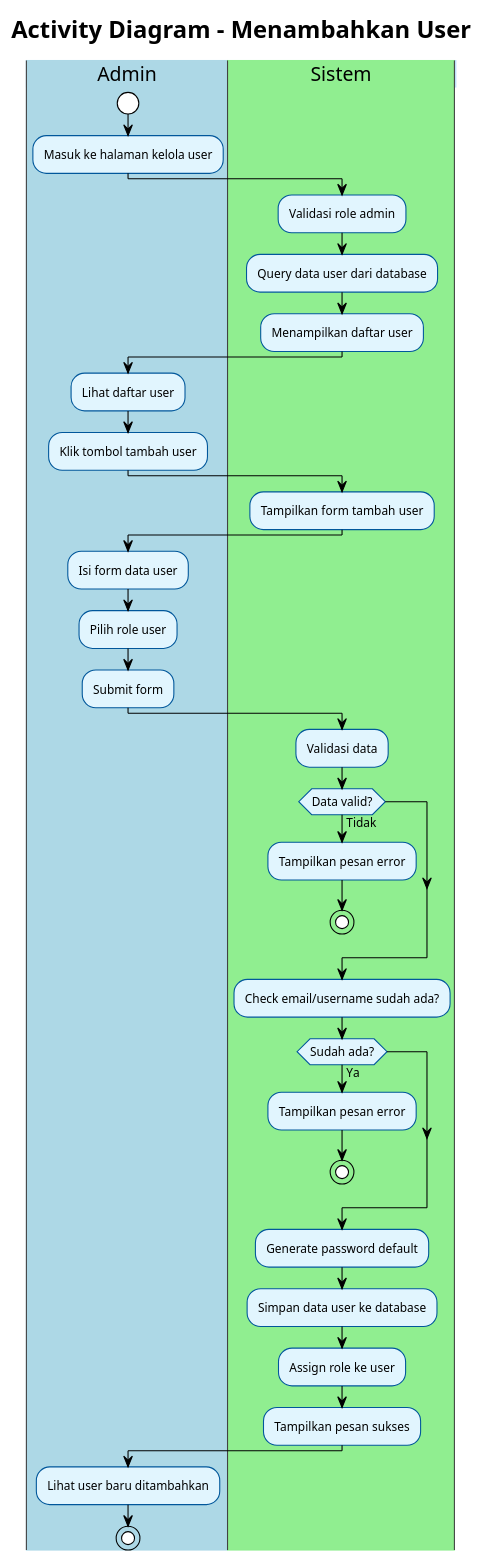
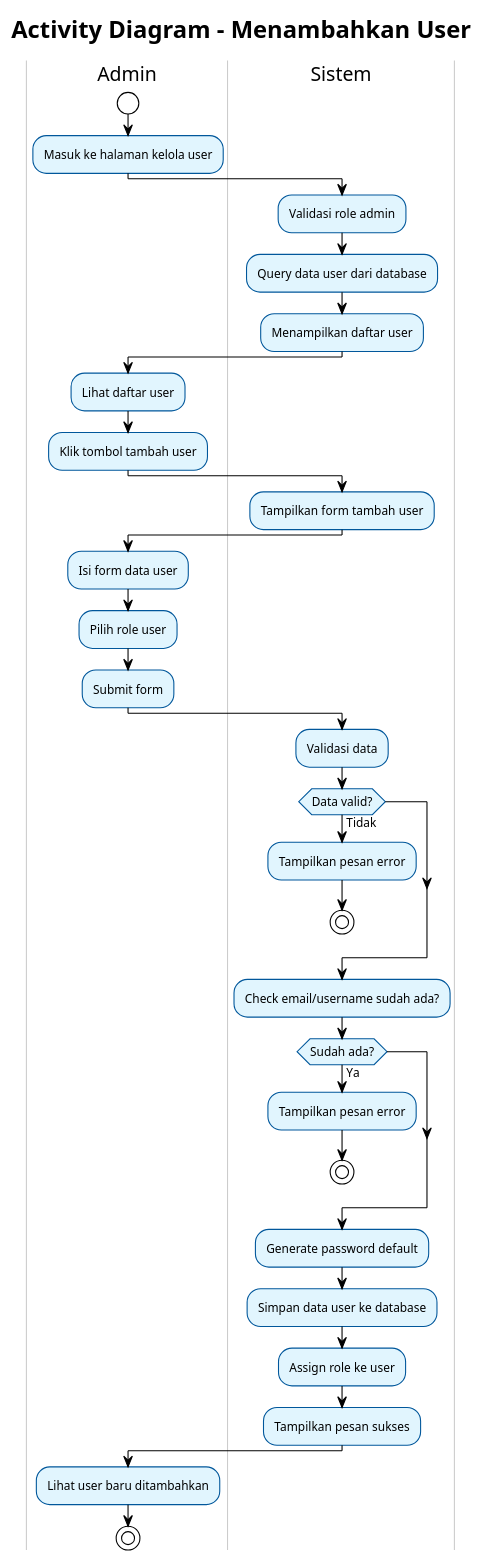
One commit to Rifkiwastaken/example-app changed the diagram in uml/activity/Activity new/12_tambah_user.puml. Above: the diagram before and after it, drawn with PlantUML. The commit also changed other lines of this file and 441 other files, not shown here.

```diff
--- a/uml/activity/Activity new/12_tambah_user.puml
+++ b/uml/activity/Activity new/12_tambah_user.puml
@@ -1,64 +1,65 @@
 @startuml
 ' Referensi: Use Case Overview (00_use_case_overview.puml)
 ' Use case 12: Menambahkan User
 ' Aktor: Admin/Kepala Sek
 !theme plain
+skinparam backgroundColor white
 skinparam activity {
     BackgroundColor #E1F5FE
     BorderColor #01579B
     FontSize 11
 }
 skinparam swimlane {
-    BackgroundColor #F5F5F5
-    BorderColor #424242
-    TitleBackgroundColor #BBDEFB
-    TitleBorderColor #1976D2
+    BackgroundColor White
+    BorderColor #CCCCCC
+    TitleBackgroundColor White
+    TitleBorderColor #999999
 }
 
 title Activity Diagram - Menambahkan User
 
-|#LightBlue|Admin|
+|#White|Admin|
 start
 :Masuk ke halaman kelola user;
 
-|#LightGreen|Sistem|
+|#White|Sistem|
 :Validasi role admin;
 :Query data user dari database;
 :Menampilkan daftar user;
 
-|#LightBlue|Admin|
+|#White|Admin|
 :Lihat daftar user;
 :Klik tombol tambah user;
 
-|#LightGreen|Sistem|
+|#White|Sistem|
 :Tampilkan form tambah user;
 
-|#LightBlue|Admin|
+|#White|Admin|
 :Isi form data user;
 :Pilih role user;
 :Submit form;
 
-|#LightGreen|Sistem|
+|#White|Sistem|
 :Validasi data;
 if (Data valid?) then (Tidak)
     :Tampilkan pesan error;
     stop
 endif
 
 :Check email/username sudah ada?;
 if (Sudah ada?) then (Ya)
     :Tampilkan pesan error;
     stop
 endif
 
 :Generate password default;
 :Simpan data user ke database;
 :Assign role ke user;
 :Tampilkan pesan sukses;
 
-|#LightBlue|Admin|
+|#White|Admin|
 :Lihat user baru ditambahkan;
 
 stop
 
 @enduml
```
